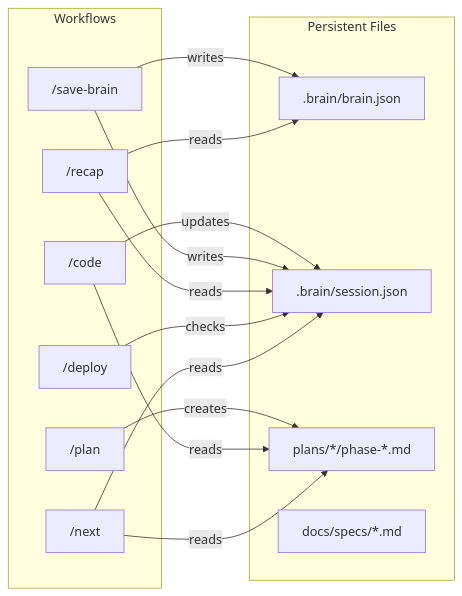
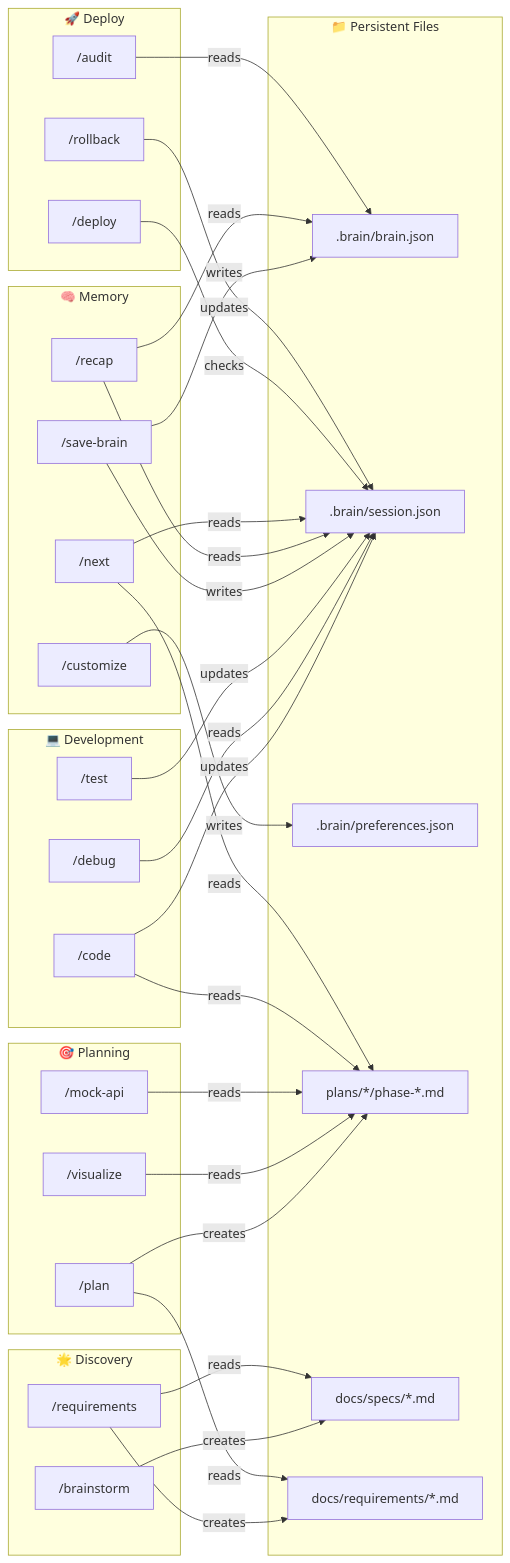
The second of 3 diagrams in docs/workflow-flowchart.md (hoangminh46/mine-vibe), drawn with Mermaid before and after one commit. The commit also changed other lines of this file and 8 other files, not shown here.

````diff
--- a/docs/workflow-flowchart.md
+++ b/docs/workflow-flowchart.md
@@ -54,22 +117,47 @@
 ```mermaid
 flowchart LR
-    subgraph Files["Persistent Files"]
+    subgraph Files["📁 Persistent Files"]
         BRAIN[.brain/brain.json]
         SESSION[.brain/session.json]
+        PREFS[.brain/preferences.json]
         PLANS[plans/*/phase-*.md]
         SPECS[docs/specs/*.md]
+        REQS[docs/requirements/*.md]
     end
 
-    subgraph Workflows["Workflows"]
+    subgraph Discovery["🌟 Discovery"]
+        BRAINSTORM_WF["/brainstorm"] --> |creates| SPECS
+        REQ_WF["/requirements"] --> |creates| REQS
+        REQ_WF --> |reads| SPECS
+    end
+
+    subgraph Planning["🎯 Planning"]
         PLAN_WF["/plan"] --> |creates| PLANS
+        PLAN_WF --> |reads| REQS
+        VIZ_WF["/visualize"] --> |reads| PLANS
+        MOCK_WF["/mock-api"] --> |reads| PLANS
+    end
+
+    subgraph Development["💻 Development"]
         CODE_WF["/code"] --> |reads| PLANS
         CODE_WF --> |updates| SESSION
+        DEBUG_WF["/debug"] --> |reads| SESSION
+        TEST_WF["/test"] --> |updates| SESSION
+    end
+
+    subgraph Memory["🧠 Memory"]
         SAVE_WF["/save-brain"] --> |writes| BRAIN
         SAVE_WF --> |writes| SESSION
         RECAP_WF["/recap"] --> |reads| BRAIN
         RECAP_WF --> |reads| SESSION
-        DEPLOY_WF["/deploy"] --> |checks| SESSION
         NEXT_WF["/next"] --> |reads| SESSION
         NEXT_WF --> |reads| PLANS
+        CUSTOMIZE_WF["/customize"] --> |writes| PREFS
+    end
+
+    subgraph Deploy["🚀 Deploy"]
+        DEPLOY_WF["/deploy"] --> |checks| SESSION
+        AUDIT_WF["/audit"] --> |reads| BRAIN
+        ROLLBACK_WF["/rollback"] --> |updates| SESSION
     end
 ```
````
